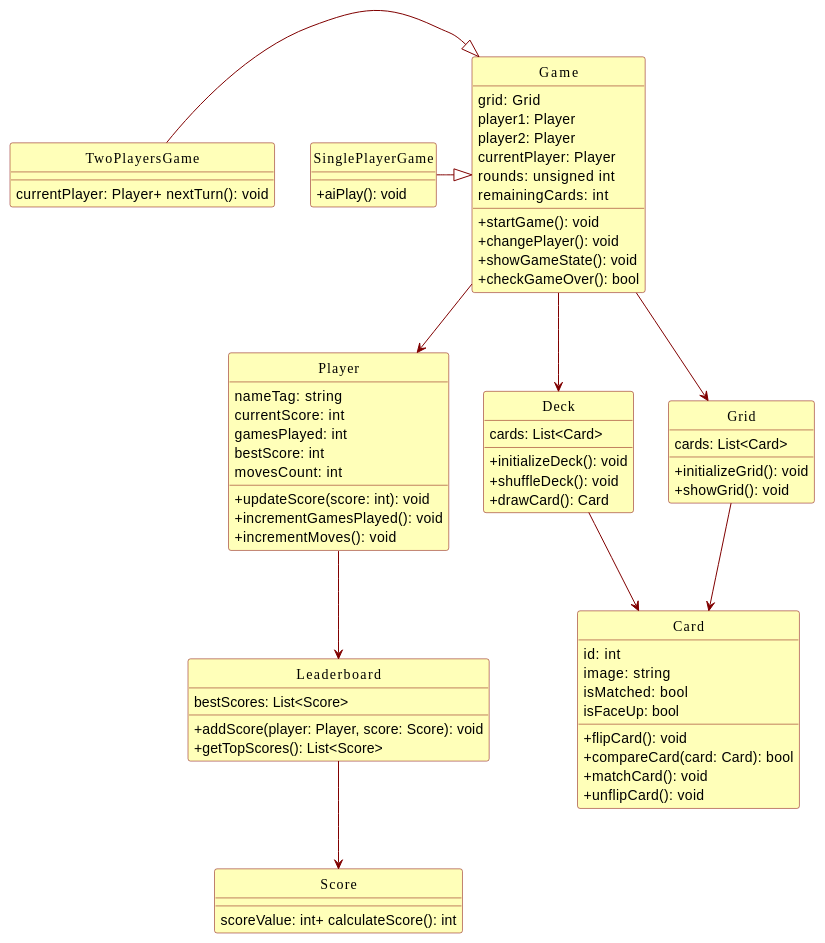
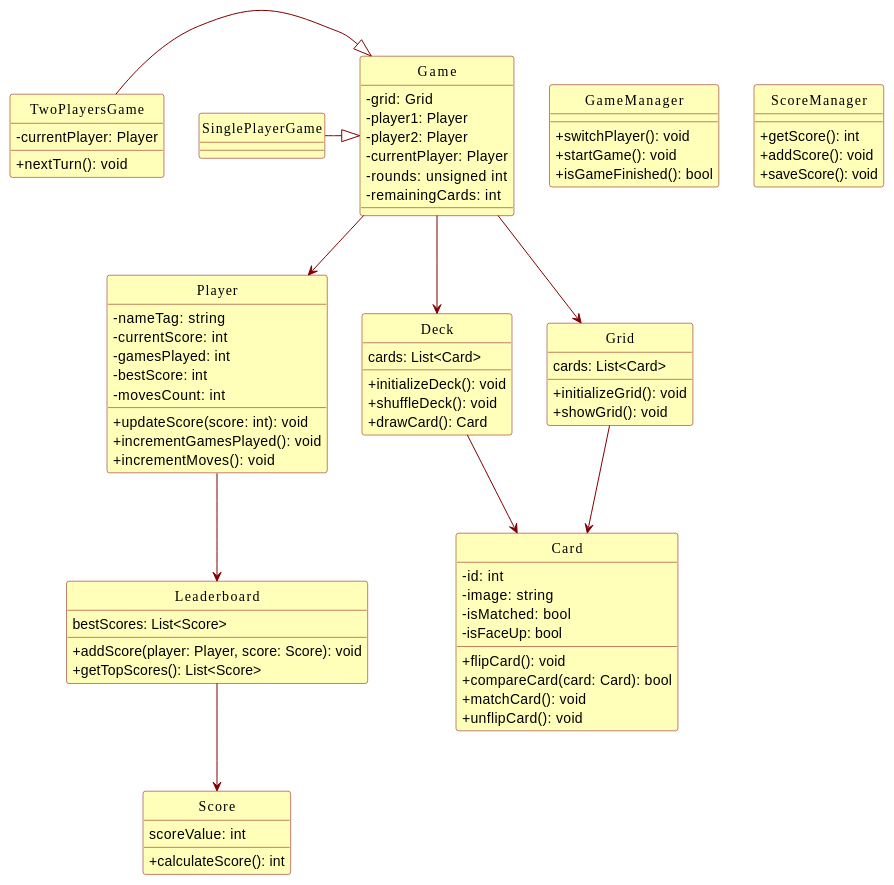
One commit to PosiTr0n505/Game-Memory changed the diagram in src/Docs/Diagrammes/classes.md. Above: the diagram before and after it, drawn with PlantUML.

Commit message:
Mise à jour de 'src/Docs/Diagrammes/classes.md'

```diff
--- a/src/Docs/Diagrammes/classes.md
+++ b/src/Docs/Diagrammes/classes.md
@@ -12,11 +12,11 @@
 ' Classe Player
 class Player {
     
-nameTag: string
-currentScore: int
-gamesPlayed: int
-bestScore: int
-movesCount: int
+- nameTag: string
+- currentScore: int
+- gamesPlayed: int
+- bestScore: int
+- movesCount: int
 + updateScore(score: int): void
 + incrementGamesPlayed(): void
 + incrementMoves(): void
@@ -25,7 +25,8 @@
 ' Classe Score
 class Score {
     
-scoreValue: int+ calculateScore(): int
+scoreValue: int
++ calculateScore(): int
 }
 
 ' Classe Leaderboard
@@ -47,27 +48,40 @@
 ' Classe Partie
 class Game {
     
-grid: Grid
-player1: Player
-player2: Player
-currentPlayer: Player
-rounds: unsigned int
-remainingCards: int
+- grid: Grid
+- player1: Player
+- player2: Player
+- currentPlayer: Player
+- rounds: unsigned int
+- remainingCards: int
+}
+
+' Classe GameManager
+class GameManager {
+
++ switchPlayer(): void
 + startGame(): void
-+ changePlayer(): void
-+ showGameState(): void
-+ checkGameOver(): bool
++ isGameFinished(): bool
+}
+
+' Classe ScoreManager
+class ScoreManager {
+
++ getScore(): int
++ addScore(): void
++ saveScore(): void 
 }
 
 ' Classe PartieTwoPlayers héritant de Partie
 class TwoPlayersGame {
     
-currentPlayer: Player+ nextTurn(): void
+- currentPlayer: Player
++ nextTurn(): void
 }
 
 ' Classe PartieSingleplayer héritant de Partie
 class SinglePlayerGame {
-    + aiPlay(): void
+
 }
 
 ' Classe Grille
@@ -81,10 +95,10 @@
 ' Classe Carte
 class Card {
     
-id: int
-image: string
-isMatched: bool
-isFaceUp: bool
+- id: int
+- image: string
+- isMatched: bool
+- isFaceUp: bool
 + flipCard(): void
 + compareCard(card: Card): bool
 + matchCard(): void
```
